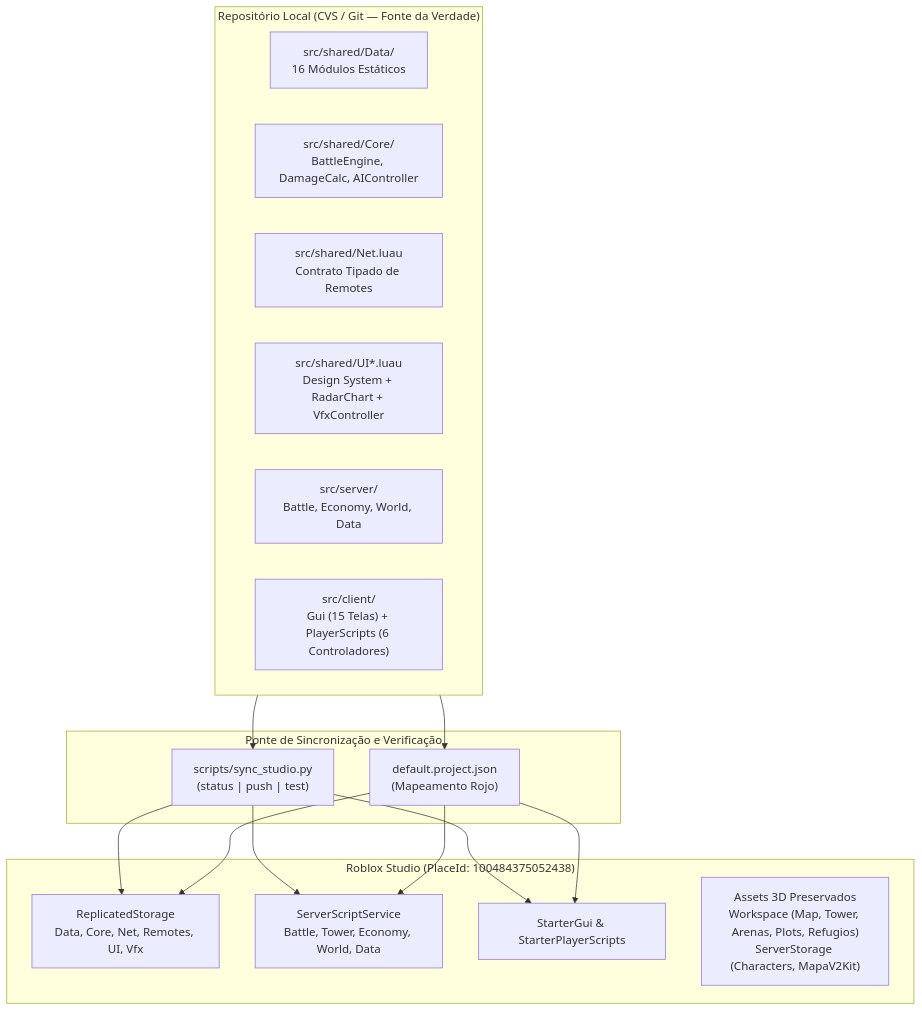
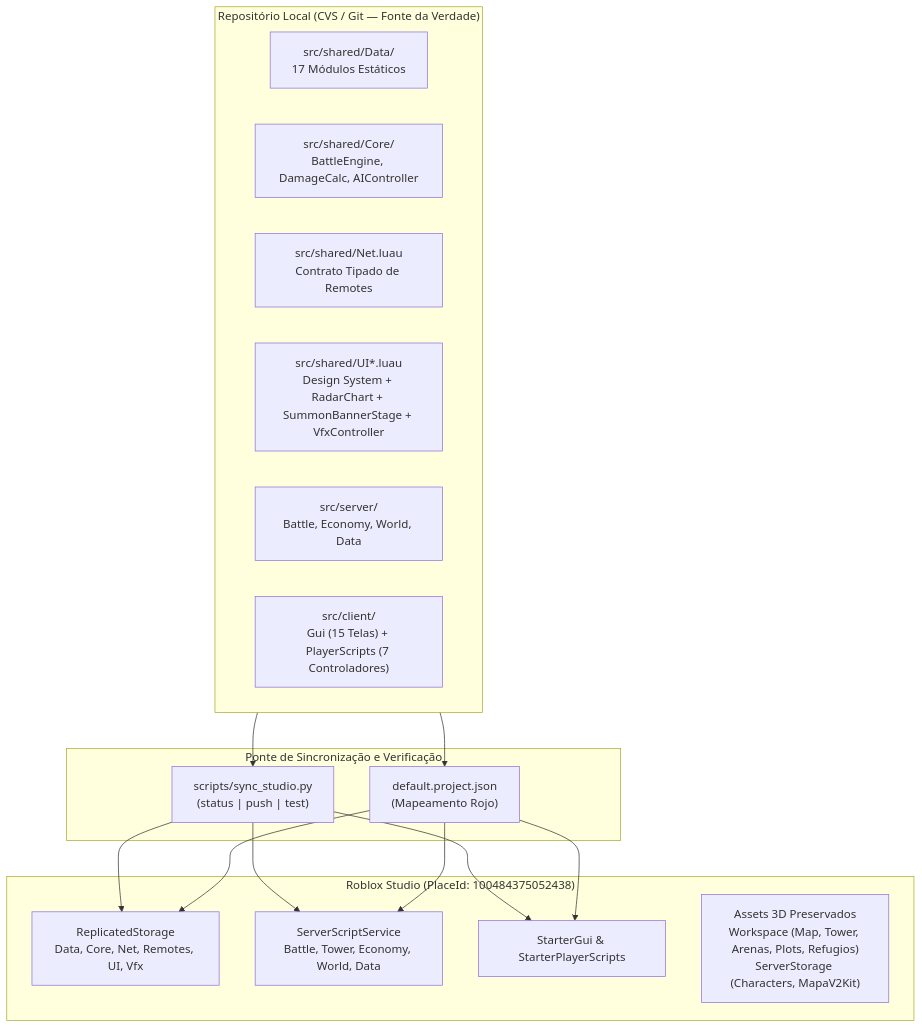
The diagram in ARQUITETURA_PROJETO.md (celin1221/RobloxProject), drawn with Mermaid before and after one commit. The commit also changed other lines of this file and 32 other files, not shown here.

````diff
--- a/ARQUITETURA_PROJETO.md
+++ b/ARQUITETURA_PROJETO.md
@@ -11,26 +11,26 @@
 ```mermaid
 flowchart TD
     subgraph Disk["Repositório Local (CVS / Git — Fonte da Verdade)"]
-        SRC_DATA["src/shared/Data/<br/>16 Módulos Estáticos"]
+        SRC_DATA["src/shared/Data/<br/>17 Módulos Estáticos"]
         SRC_CORE["src/shared/Core/<br/>BattleEngine, DamageCalc, AIController"]
         SRC_NET["src/shared/Net.luau<br/>Contrato Tipado de Remotes"]
-        SRC_UI["src/shared/UI*.luau<br/>Design System + RadarChart + VfxController"]
+        SRC_UI["src/shared/UI*.luau<br/>Design System + RadarChart + SummonBannerStage + VfxController"]
         SRC_SRV["src/server/<br/>Battle, Economy, World, Data"]
-        SRC_CLI["src/client/<br/>Gui (15 Telas) + PlayerScripts (6 Controladores)"]
+        SRC_CLI["src/client/<br/>Gui (15 Telas) + PlayerScripts (7 Controladores)"]
     end
 
     subgraph Sync["Ponte de Sincronização e Verificação"]
         SYNC_PY["scripts/sync_studio.py<br/>(status | push | test)"]
         ROJO["default.project.json<br/>(Mapeamento Rojo)"]
     end
 
     subgraph Studio["Roblox Studio (PlaceId: 100484375052438)"]
         RS["ReplicatedStorage<br/>Data, Core, Net, Remotes, UI, Vfx"]
         SSS["ServerScriptService<br/>Battle, Tower, Economy, World, Data"]
         SG["StarterGui & StarterPlayerScripts"]
         ASSETS["Assets 3D Preservados<br/>Workspace (Map, Tower, Arenas, Plots, Refugios)<br/>ServerStorage (Characters, MapaV2Kit)"]
     end
 
     Disk --> SYNC_PY & ROJO
     SYNC_PY & ROJO --> RS & SSS & SG
 ```
````
